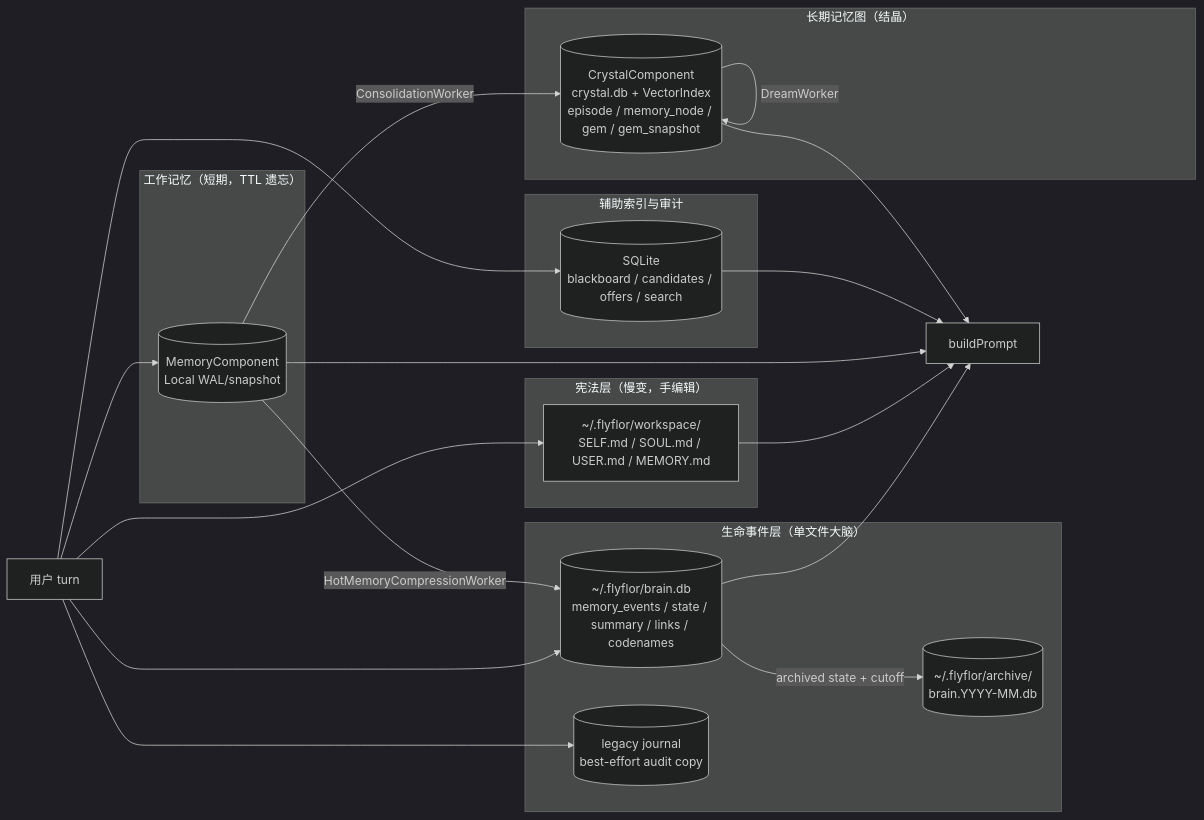
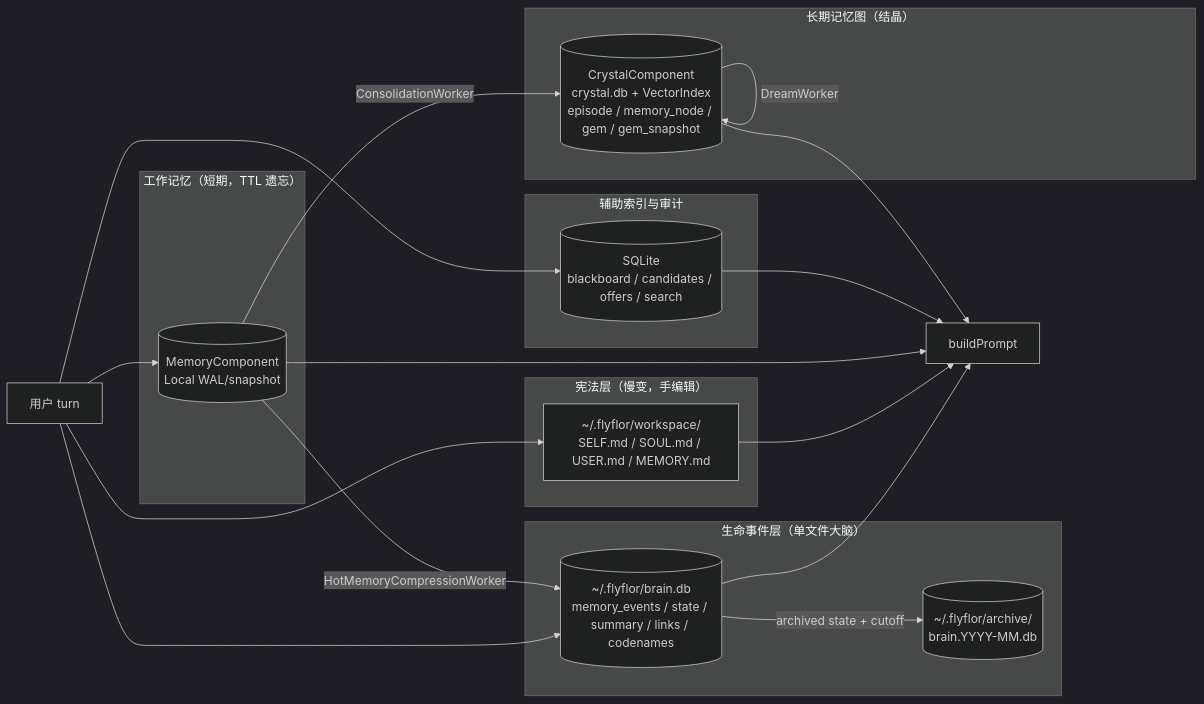
One commit to flyflor/flyflor changed the first of 5 diagrams in docs/memory.system.md. Above: the diagram before and after it, drawn with Mermaid (dark theme). The commit also changed other lines of this file and 37 other files, not shown here.

Commit message:
Remove legacy journal hot path

````diff
--- a/docs/memory.system.md
+++ b/docs/memory.system.md
@@ -30,39 +29,37 @@
 ```mermaid
 flowchart LR
     subgraph Constitutional["宪法层（慢变，手编辑）"]
         Markdown["~/.flyflor/workspace/<br/>SELF.md / SOUL.md / USER.md / MEMORY.md"]
     end
 
     subgraph Working["工作记忆（短期，TTL 遗忘）"]
         Work[("MemoryComponent<br/>Local WAL/snapshot")]
     end
 
     subgraph Life["生命事件层（单文件大脑）"]
         Brain[("~/.flyflor/brain.db<br/>memory_events / state / summary / links / codenames")]
         Archive[("~/.flyflor/archive/<br/>brain.YYYY-MM.db")]
-        Journal[("legacy journal<br/>best-effort audit copy")]
     end
 
     subgraph Index["辅助索引与审计"]
         SQLite[("SQLite<br/>blackboard / candidates / offers / search")]
     end
 
     subgraph LongTerm["长期记忆图（结晶）"]
         Crystal[("CrystalComponent<br/>crystal.db + VectorIndex<br/>episode / memory_node / gem / gem_snapshot")]
     end
 
     User["用户 turn"] --> Brain
     Brain -- archived state + cutoff --> Archive
-    User --> Journal
     User --> Work
     Work -- ConsolidationWorker --> Crystal
     Work -- HotMemoryCompressionWorker --> Brain
     Crystal -- DreamWorker --> Crystal
     User --> Markdown
     User --> SQLite
     Markdown --> Prompt["buildPrompt"]
     Brain --> Prompt
     Work --> Prompt
     Crystal --> Prompt
     SQLite --> Prompt
 ```
````
